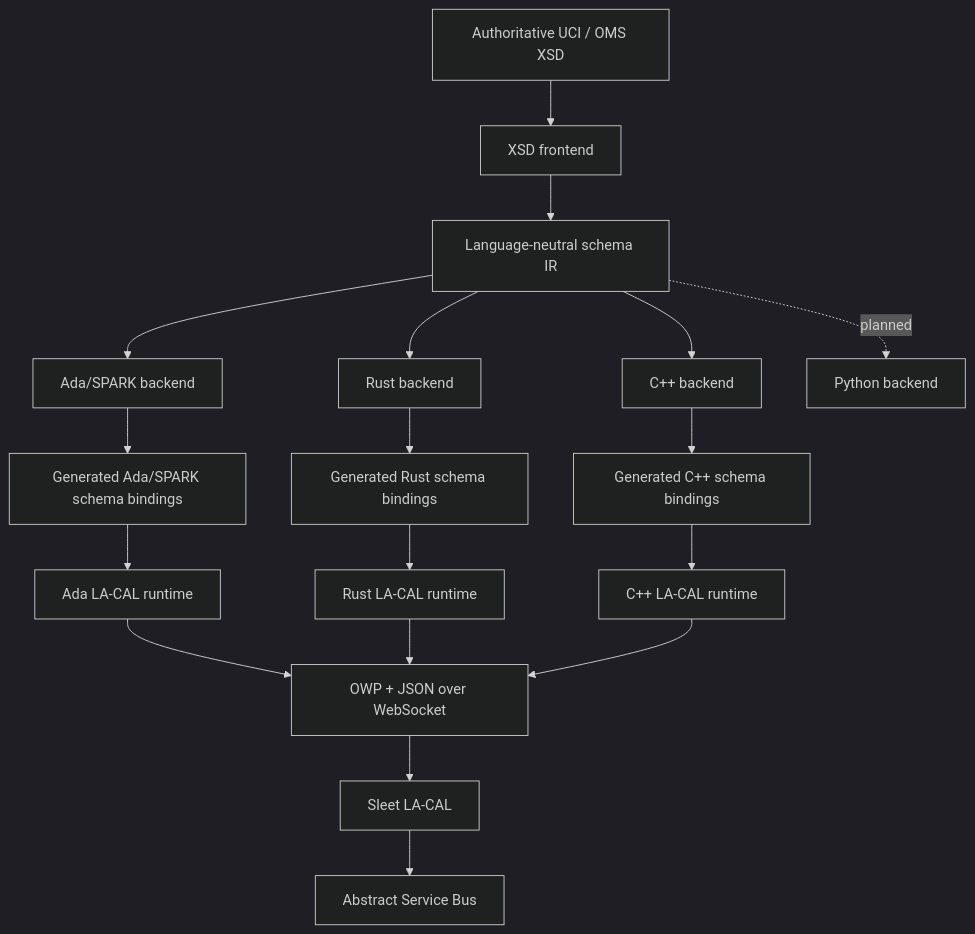
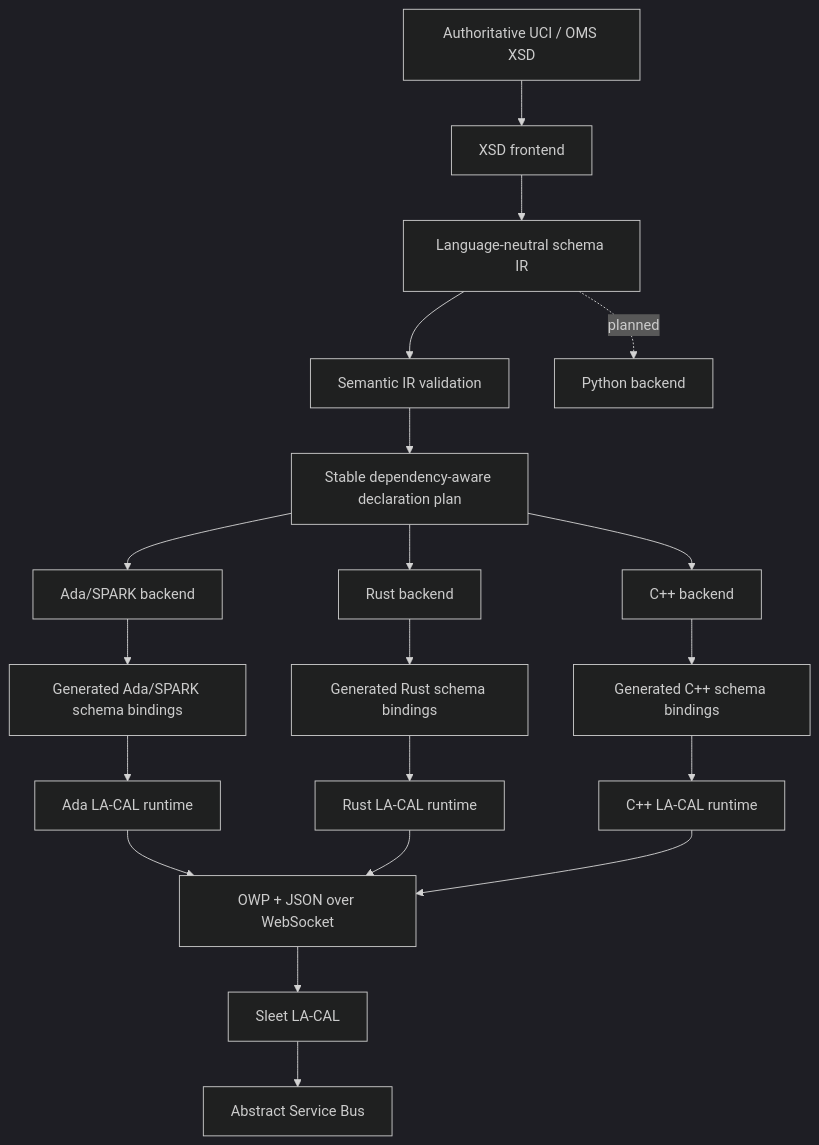
The diagram in docs/architecture.md (zackboll/ams-gra-codegen-oms), drawn with Mermaid (dark theme) before and after one commit. The commit also changed other lines of this file and 14 other files, not shown here.

Commit message:
Add IR validation and dependency-aware codegen planning

````diff
--- a/docs/architecture.md
+++ b/docs/architecture.md
@@ -48,23 +48,25 @@
 ```mermaid
 flowchart TD
     XSD[Authoritative UCI / OMS XSD] --> FE[XSD frontend]
     FE --> IR[Language-neutral schema IR]
-    IR --> ADA[Ada/SPARK backend]
-    IR --> RUST[Rust backend]
-    IR --> CPP[C++ backend]
+    IR --> VALIDATE[Semantic IR validation]
+    VALIDATE --> PLAN[Stable dependency-aware declaration plan]
+    PLAN --> ADA[Ada/SPARK backend]
+    PLAN --> RUST[Rust backend]
+    PLAN --> CPP[C++ backend]
     IR -. planned .-> PY[Python backend]
 
     ADA --> AG[Generated Ada/SPARK schema bindings]
     RUST --> RG[Generated Rust schema bindings]
     CPP --> CG[Generated C++ schema bindings]
 
     AG --> AR[Ada LA-CAL runtime]
     RG --> RR[Rust LA-CAL runtime]
     CG --> CR[C++ LA-CAL runtime]
 
     AR --> OWP[OWP + JSON over WebSocket]
     RR --> OWP
     CR --> OWP
     OWP --> SLEET[Sleet LA-CAL]
     SLEET --> ASB[Abstract Service Bus]
 ```
````
